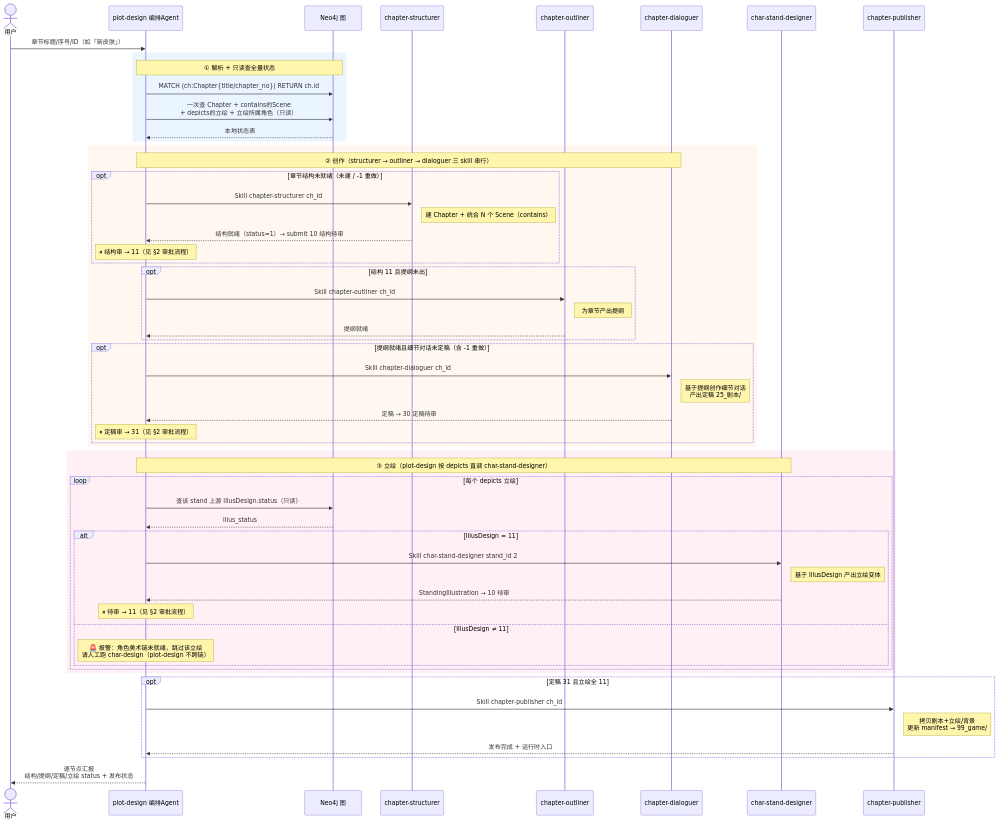
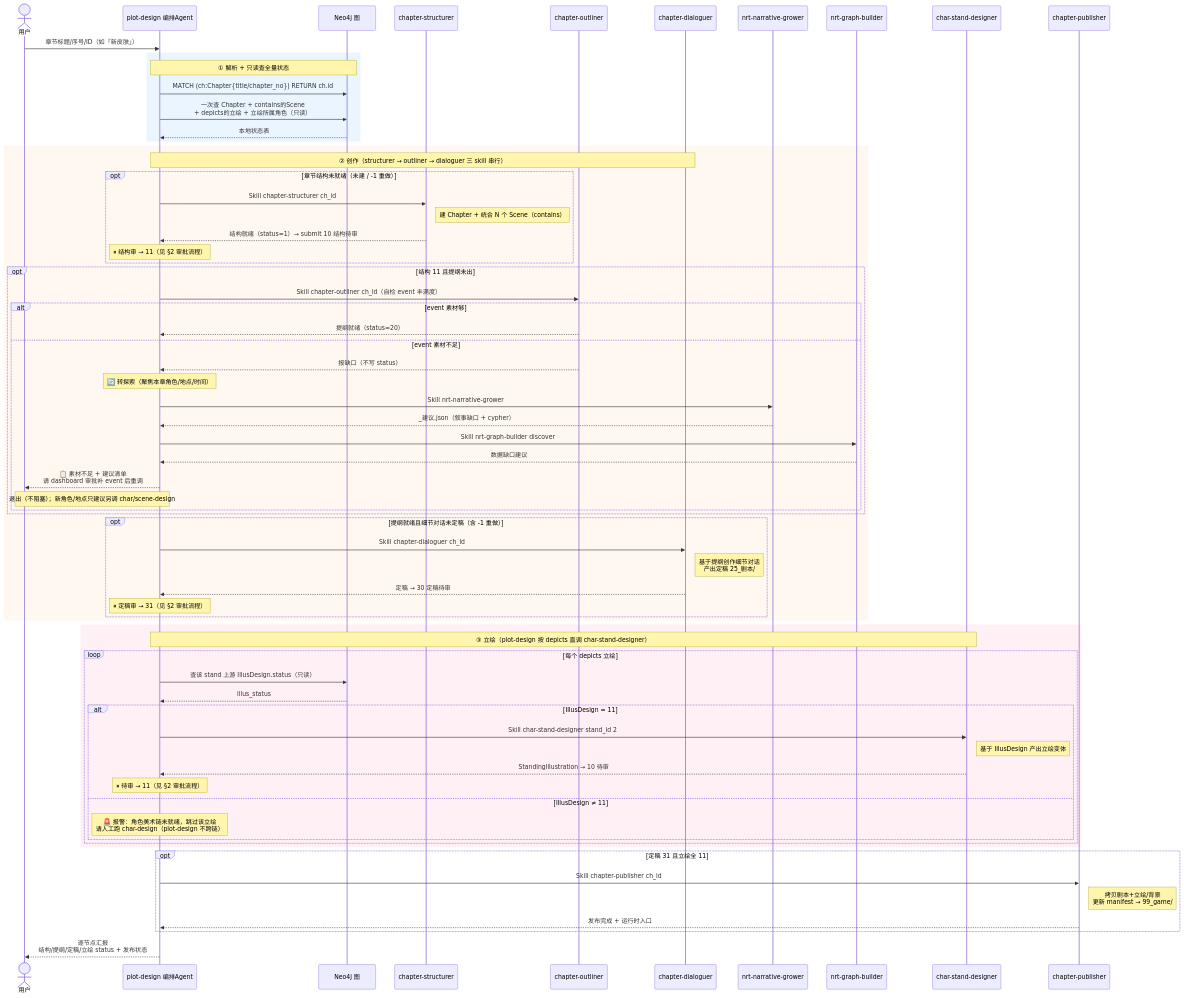
One commit to CrazyJinn/OtheredGlass changed the fourth of 4 diagrams in README.md. Above: the diagram before and after it, drawn with Mermaid. The commit also changed other lines of this file and 2 other files, not shown here.

Commit message:
feat: plot-design 加 event 丰满度门控 + 转探索流程
- chapter-outliner 新增 event 丰满度自检（Event 数/链/Choice 支撑/角色 involved），不足则拒绝产出提纲、报缺口（不写 status）
- plot-design 接住 outliner 素材不足信号 → 转 nrt-narrative-grower + nrt-graph-builder 聚焦本章探索，产建议后退出（不阻塞、不自动衔接 char/scene 生产）
- README §5 补探索门控说明 + 时序图分支

````diff
--- a/README.md
+++ b/README.md
@@ -238,65 +239,77 @@
 ```mermaid
 sequenceDiagram
     actor U as 用户
     participant A as plot-design 编排Agent
     participant DB as Neo4j 图
     participant ST as chapter-structurer
     participant OL as chapter-outliner
     participant DG as chapter-dialoguer
+    participant Gro as nrt-narrative-grower
+    participant Gb as nrt-graph-builder
     participant Stand as char-stand-designer
     participant Pub as chapter-publisher
 
     U->>A: 章节标题/序号/ID（如「新皮肤」）
 
     rect rgb(235, 245, 255)
     Note over A,DB: ① 解析 + 只读查全量状态
     A->>DB: MATCH (ch:Chapter{title/chapter_no}) RETURN ch.id
     A->>DB: 一次查 Chapter + contains的Scene<br/>+ depicts的立绘 + 立绘所属角色（只读）
     DB-->>A: 本地状态表
     end
 
     rect rgb(255, 248, 240)
     Note over A,DG: ② 创作（structurer → outliner → dialoguer 三 skill 串行）
     opt 章节结构未就绪（未建 / -1 重做）
         A->>ST: Skill chapter-structurer ch_id
         Note right of ST: 建 Chapter + 统合 N 个 Scene（contains）
         ST-->>A: 结构就绪（status=1）→ submit 10 结构待审
         Note over A: ⏸ 结构审 → 11（见 §2 审批流程）
     end
     opt 结构 11 且提纲未出
-        A->>OL: Skill chapter-outliner ch_id
-        Note right of OL: 为章节产出提纲
-        OL-->>A: 提纲就绪
+        A->>OL: Skill chapter-outliner ch_id（自检 event 丰满度）
+        alt event 素材够
+            OL-->>A: 提纲就绪（status=20）
+        else event 素材不足
+            OL-->>A: 报缺口（不写 status）
+            Note over A: 🔄 转探索（聚焦本章角色/地点/时间）
+            A->>Gro: Skill nrt-narrative-grower
+            Gro-->>A: _建议.json（叙事缺口 + cypher）
+            A->>Gb: Skill nrt-graph-builder discover
+            Gb-->>A: 数据缺口建议
+            A-->>U: 📋 素材不足 + 建议清单<br/>请 dashboard 审批补 event 后重调
+            Note over A,U: 退出（不阻塞）；新角色/地点只建议另调 char/scene-design
+        end
     end
     opt 提纲就绪且细节对话未定稿（含 -1 重做）
         A->>DG: Skill chapter-dialoguer ch_id
         Note right of DG: 基于提纲创作细节对话<br/>产出定稿 25_剧本/
         DG-->>A: 定稿 → 30 定稿待审
         Note over A: ⏸ 定稿审 → 31（见 §2 审批流程）
     end
     end
 
     rect rgb(255, 240, 245)
     Note over A,Stand: ③ 立绘（plot-design 按 depicts 直调 char-stand-designer）
     loop 每个 depicts 立绘
         A->>DB: 查该 stand 上游 IllusDesign.status（只读）
         DB-->>A: illus_status
         alt IllusDesign = 11
             A->>Stand: Skill char-stand-designer stand_id 2
             Note right of Stand: 基于 IllusDesign 产出立绘变体
             Stand-->>A: StandingIllustration → 10 待审
             Note over A: ⏸ 待审 → 11（见 §2 审批流程）
         else IllusDesign ≠ 11
             Note over A: 🚨 报警：角色美术链未就绪，跳过该立绘<br/>请人工跑 char-design（plot-design 不跨链）
         end
     end
     end
 
     opt 定稿 31 且立绘全 11
         A->>Pub: Skill chapter-publisher ch_id
         Note right of Pub: 拷贝剧本+立绘/背景<br/>更新 manifest → 99_game/
         Pub-->>A: 发布完成 + 运行时入口
     end
 
     A-->>U: 逐节点汇报<br/>结构/提纲/定稿/立绘 status + 发布状态
 ```
````
